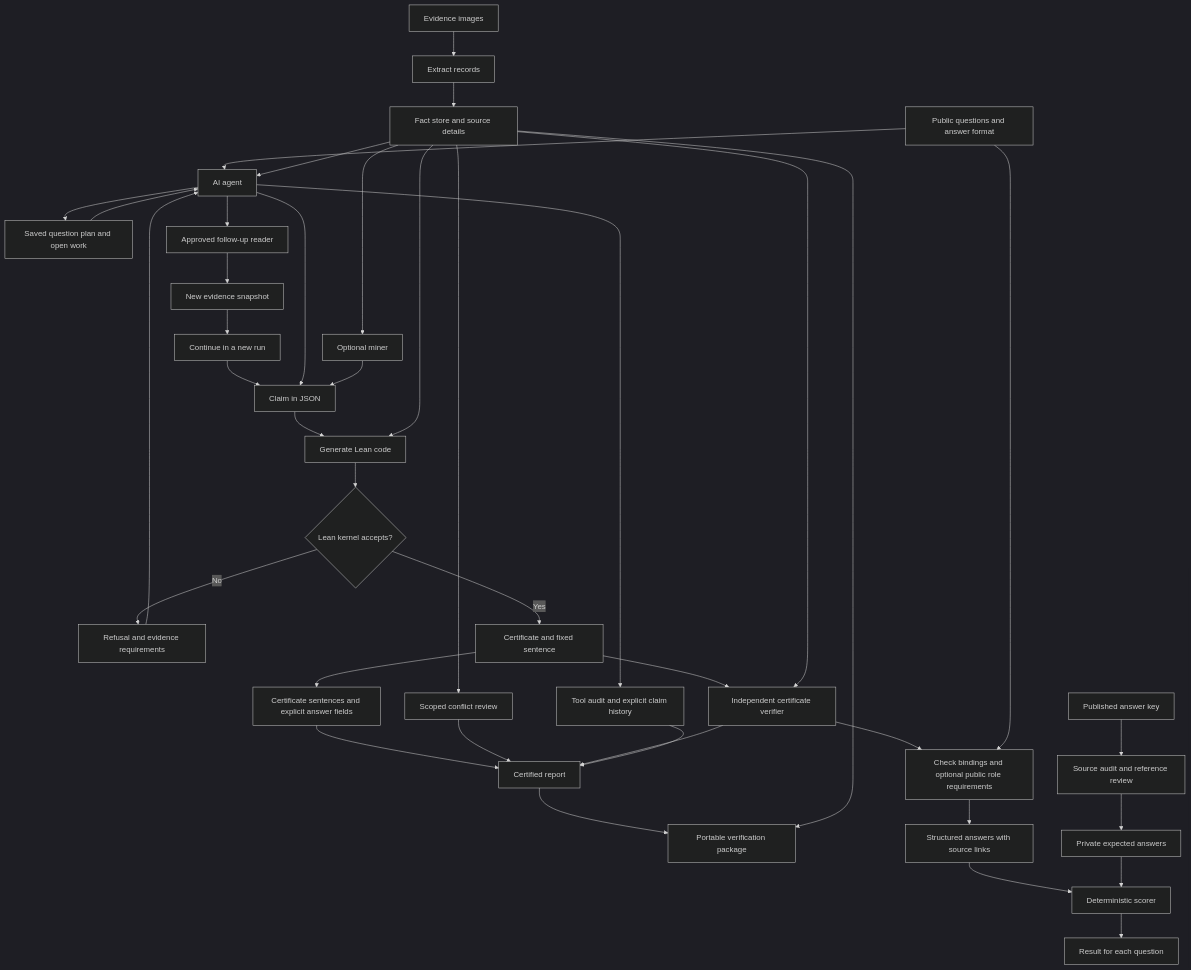
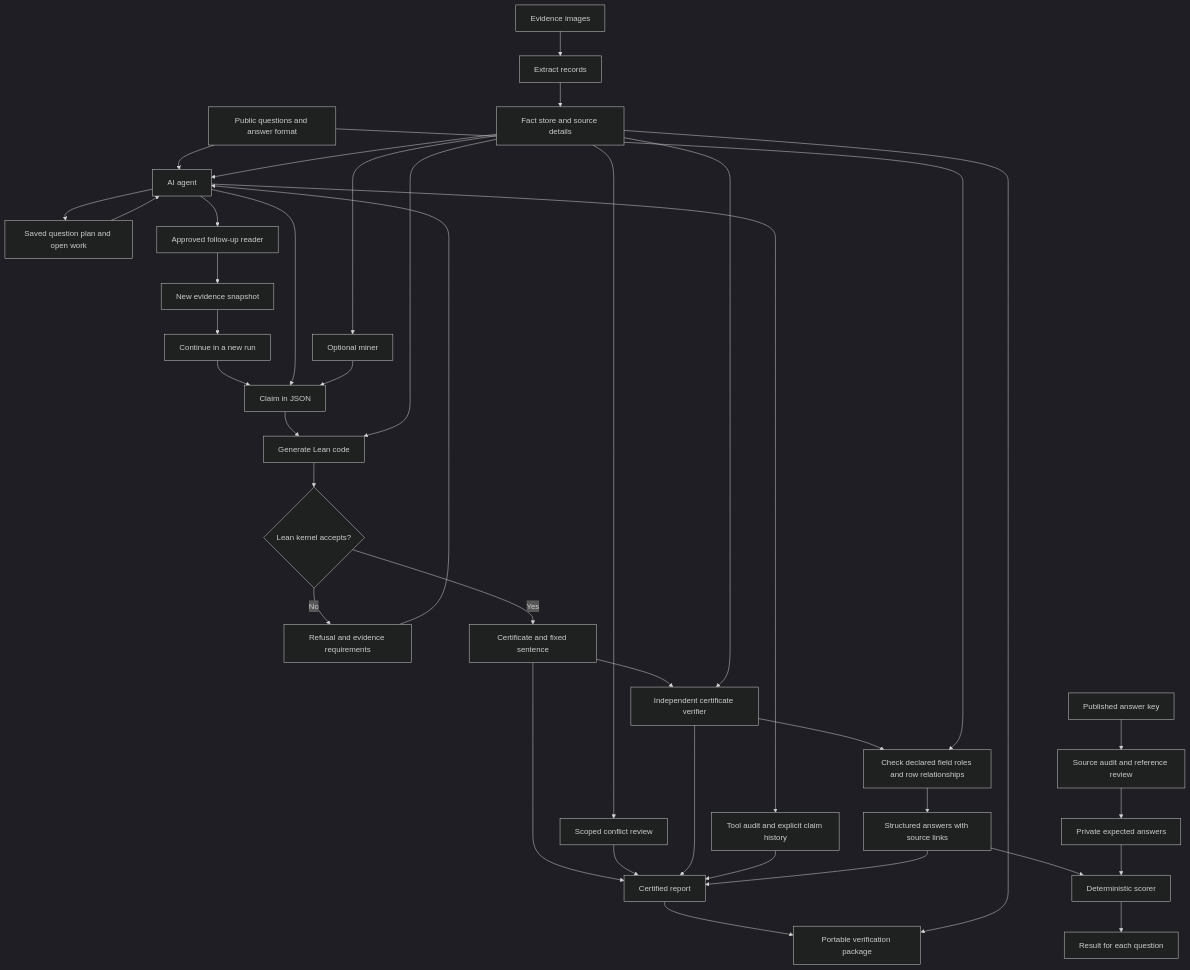
One commit to pauljiang03/chain-of-proof changed the diagram in README.md. Above: the diagram before and after it, drawn with Mermaid (dark theme). The commit also changed other lines of this file and 1 other file, not shown here.

Commit message:
Describe answer row checks and explicit evidence origins

````diff
--- a/README.md
+++ b/README.md
@@ -143,41 +143,41 @@
 ```mermaid
 flowchart TD
     I[Evidence images] --> E[Extract records]
     E --> F[Fact store and source details]
     Q[Public questions and answer format] --> S[AI agent]
     S --> W[Saved question plan and open work]
     W --> S
     S --> N[Approved follow-up reader]
     N --> F2[New evidence snapshot]
     F2 --> S2[Continue in a new run]
     S2 --> C
     F --> S
     F --> M[Optional miner]
     S --> C[Claim in JSON]
     M --> C
     C --> G[Generate Lean code]
     F --> G
     G --> K{Lean kernel accepts?}
     K -->|No| X[Refusal and evidence requirements]
     X --> S
     K -->|Yes| B[Certificate and fixed sentence]
-    B --> QA[Certificate sentences and explicit answer fields]
-    QA --> R
+    B --> R
     F --> CR[Scoped conflict review]
     CR --> R
     B --> V[Independent certificate verifier]
     F --> V
     V --> R[Certified report]
     S --> L[Tool audit and explicit claim history]
     L --> R
     R --> Z[Portable verification package]
     F --> Z
-    V --> A[Check bindings and optional public role requirements]
+    V --> A[Check declared field roles and row relationships]
     Q --> A
     A --> J[Structured answers with source links]
+    J --> R
     J --> T[Deterministic scorer]
     P[Published answer key] --> U[Source audit and reference review]
     U --> H[Private expected answers]
     H --> T
     T --> O[Result for each question]
 ```
````
